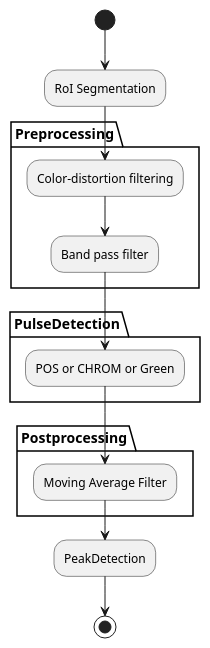
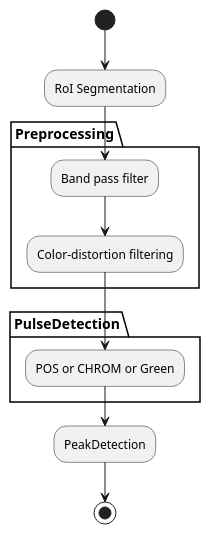
The diagram in doc/abst_flow.pu (zhujiangzhijia/rPPG_master), drawn with PlantUML before and after one commit. The commit also changed other lines of this file and 52 other files, not shown here.

```diff
--- a/doc/abst_flow.pu
+++ b/doc/abst_flow.pu
@@ -1,16 +1,17 @@
 @startuml
 
 (*) --> "RoI Segmentation"
 partition Preprocessing {
+--> "Band pass filter"
 --> "Color-distortion filtering"
---> "Band pass filter"
+
 }
 partition PulseDetection {
 --> "POS or CHROM or Green"
 }
-partition Postprocessing {
---> "Moving Average Filter"
-}
+' partition Postprocessing {
+' --> "Moving Average Filter"
+' }
 --> "PeakDetection"
 --> (*)
 @enduml
```
